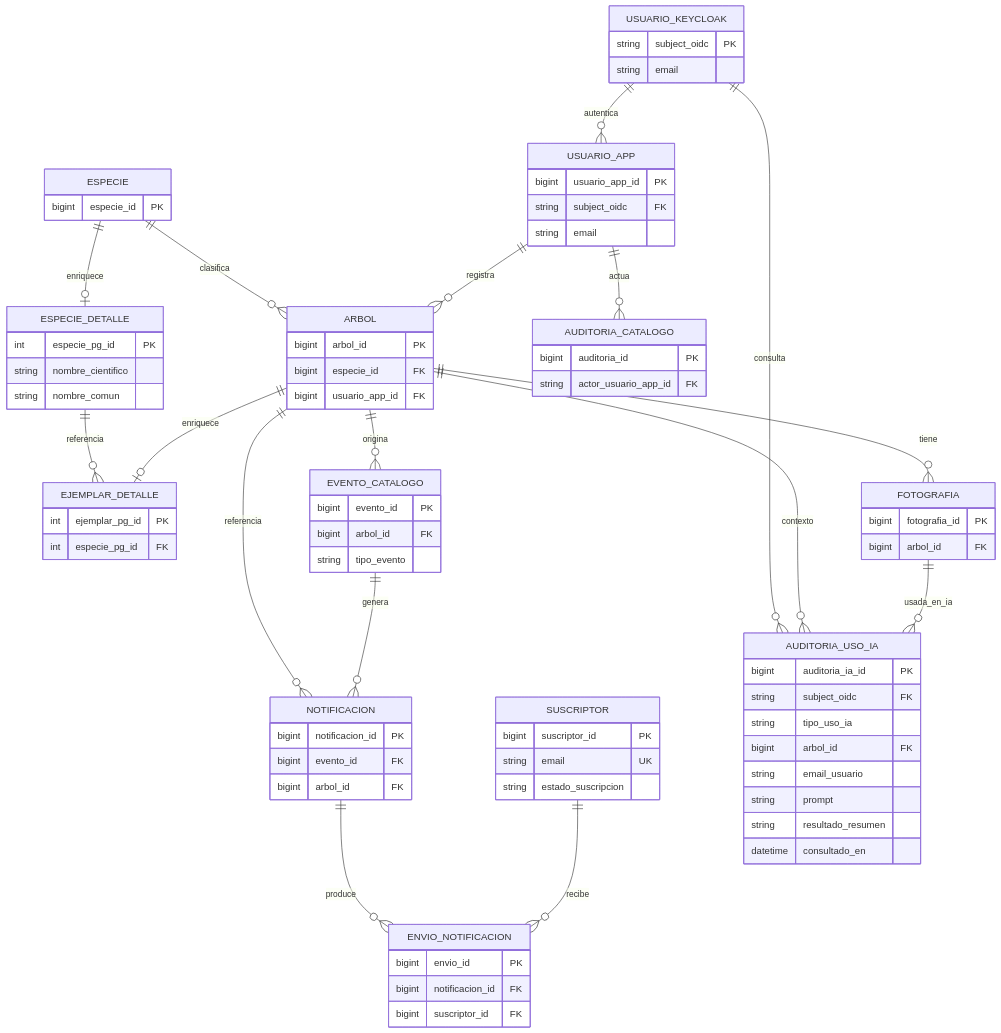
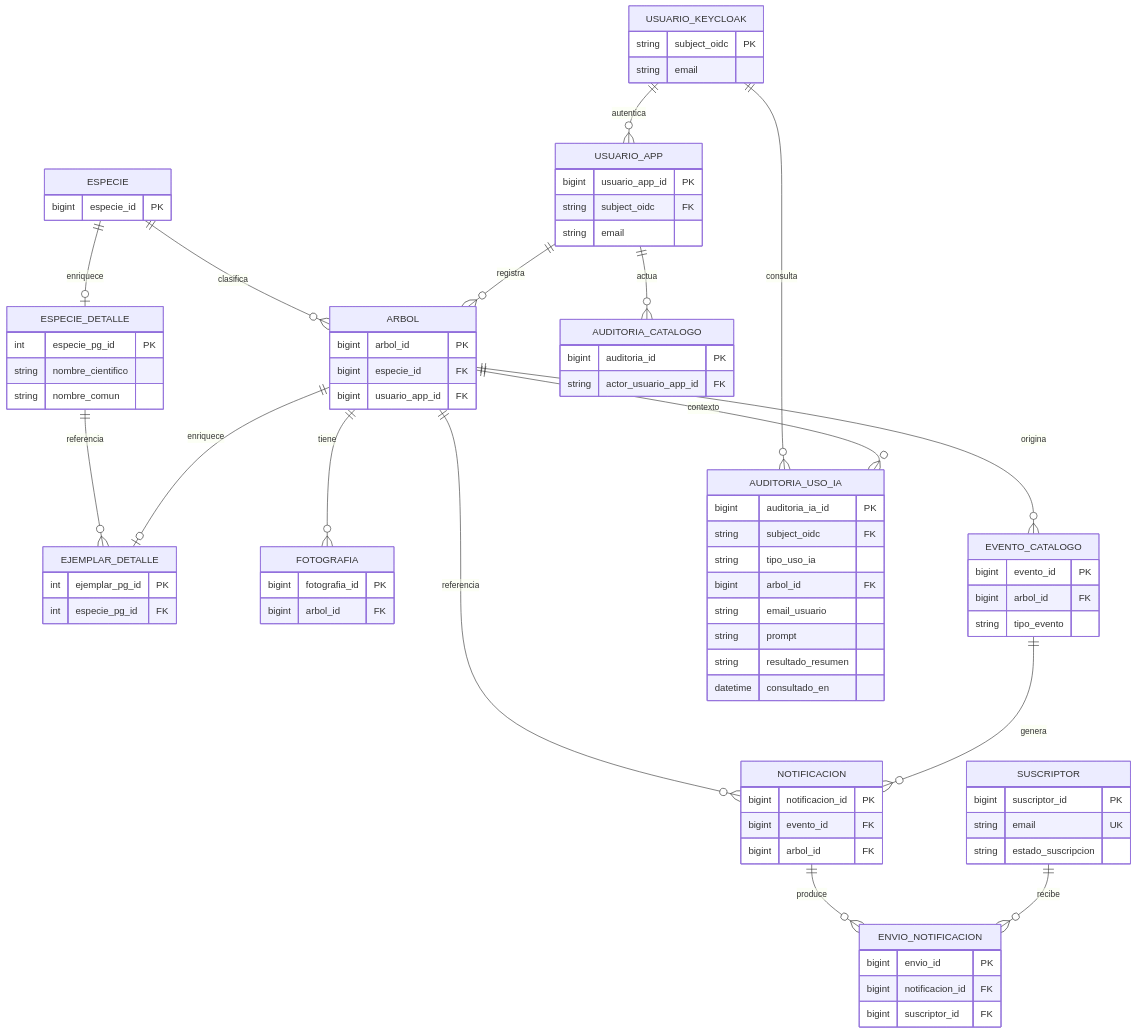
One commit to LIDR-academy/AI4Devs-finalproject changed diagram 13 of 18 in readme.md. Above: the diagram before and after it, drawn with Mermaid.

Commit message:
Modificación de los diagramas er

````diff
--- a/readme.md
+++ b/readme.md
@@ -860,5 +860,4 @@
     NOTIFICACION ||--o{ ENVIO_NOTIFICACION : produce
     SUSCRIPTOR ||--o{ ENVIO_NOTIFICACION : recibe
     ARBOL ||--o{ AUDITORIA_USO_IA : contexto
-    FOTOGRAFIA ||--o{ AUDITORIA_USO_IA : usada_en_ia
 ```
````
